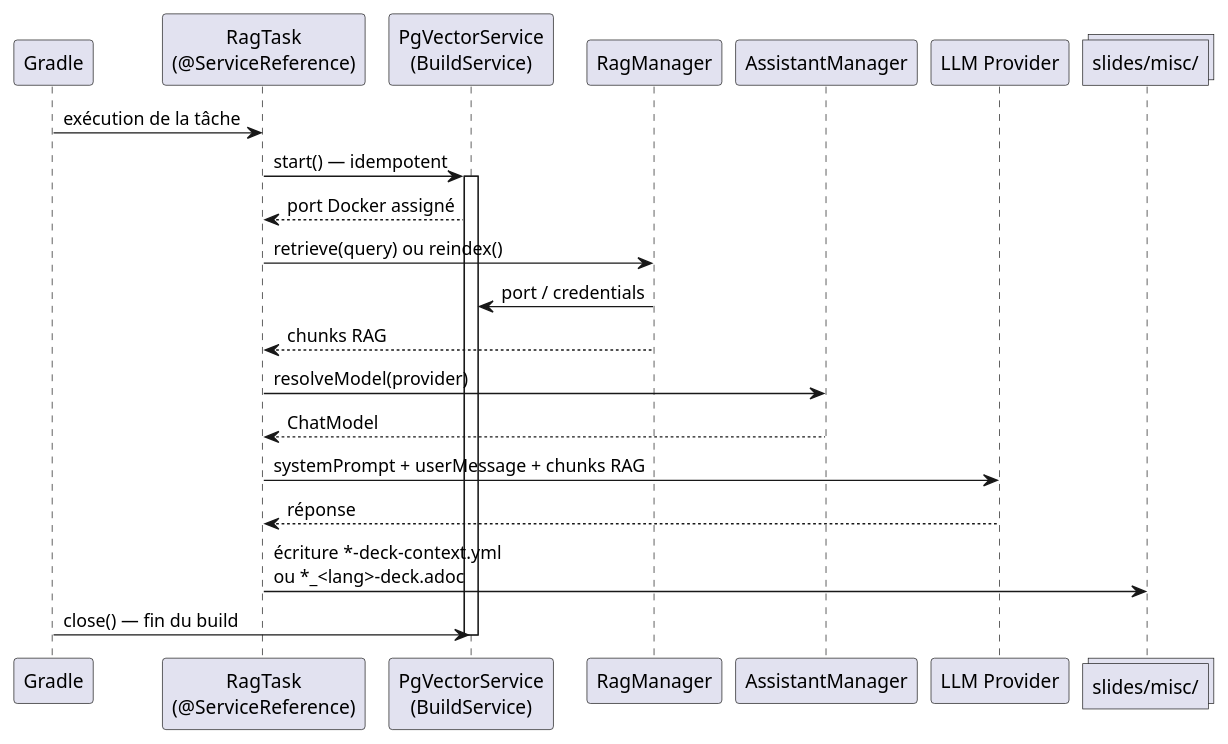
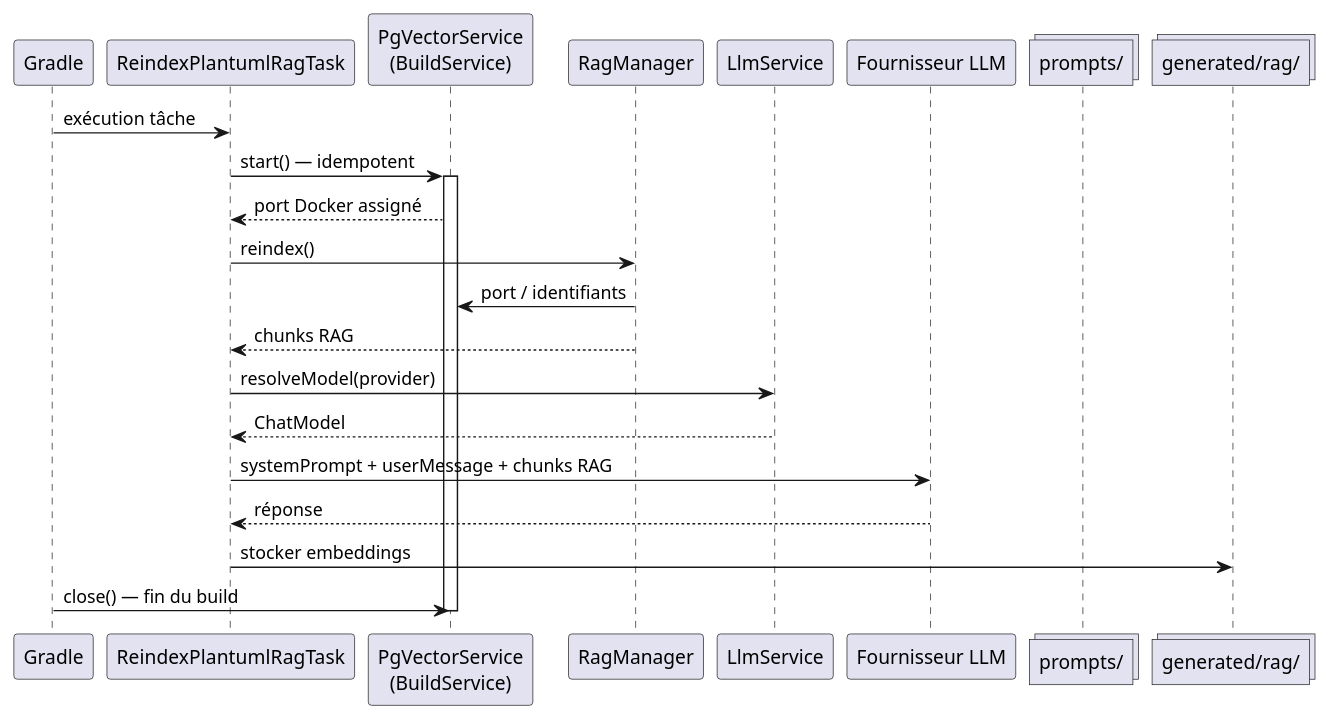
Before and after one commit to cheroliv/plantuml-gradle: the second of 4 diagrams in plantuml-plugin/README_truth_fr.adoc, drawn with PlantUML. The commit also changed other lines of this file and 8 other files, not shown here.

Commit message:
Rename plugin from Slider to PlantUML and update documentation to reflect new focus on AI-driven PlantUML diagram generation.

```diff
--- a/plantuml-plugin/README_truth_fr.adoc
+++ b/plantuml-plugin/README_truth_fr.adoc
@@ -451,32 +346,33 @@
 [plantuml]
 ----
 @startuml
 participant "Gradle" as G
-participant "RagTask\n(@ServiceReference)" as RT
+participant "ReindexPlantumlRagTask" as RT
 participant "PgVectorService\n(BuildService)" as PGS
 participant "RagManager" as RM
-participant "AssistantManager" as AM
-participant "LLM Provider" as LLM
-collections "slides/misc/" as Files
+participant "LlmService" as LS
+participant "Fournisseur LLM" as LLM
+collections "prompts/" as Files
+collections "generated/rag/" as RAG
 
-G -> RT : exécution de la tâche
+G -> RT : exécution tâche
 RT -> PGS : start() — idempotent
 activate PGS
 PGS --> RT : port Docker assigné
 
-RT -> RM : retrieve(query) ou reindex()
-RM -> PGS : port / credentials
+RT -> RM : reindex()
+RM -> PGS : port / identifiants
 RM --> RT : chunks RAG
 
-RT -> AM : resolveModel(provider)
-AM --> RT : ChatModel
+RT -> LS : resolveModel(provider)
+LS --> RT : ChatModel
 
 RT -> LLM : systemPrompt + userMessage + chunks RAG
 LLM --> RT : réponse
 
-RT -> Files : écriture *-deck-context.yml\nou *_<lang>-deck.adoc
+RT -> RAG : stocker embeddings
 
 G -> PGS : close() — fin du build
 deactivate PGS
 @enduml
 ----
```
